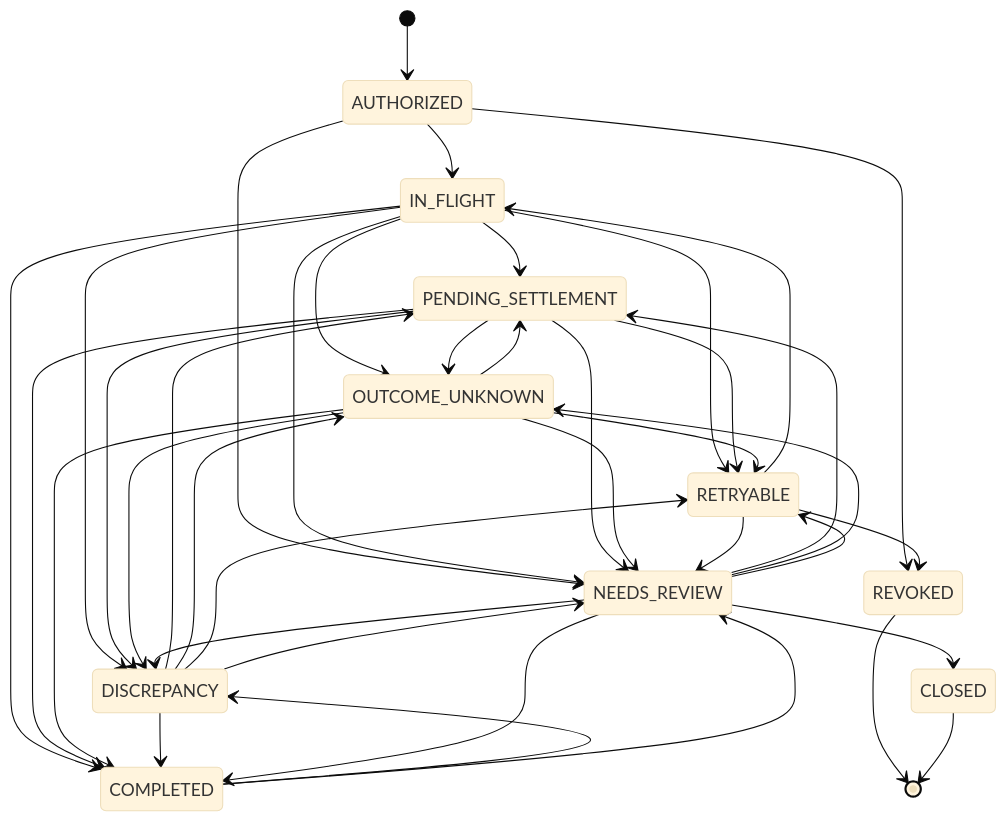
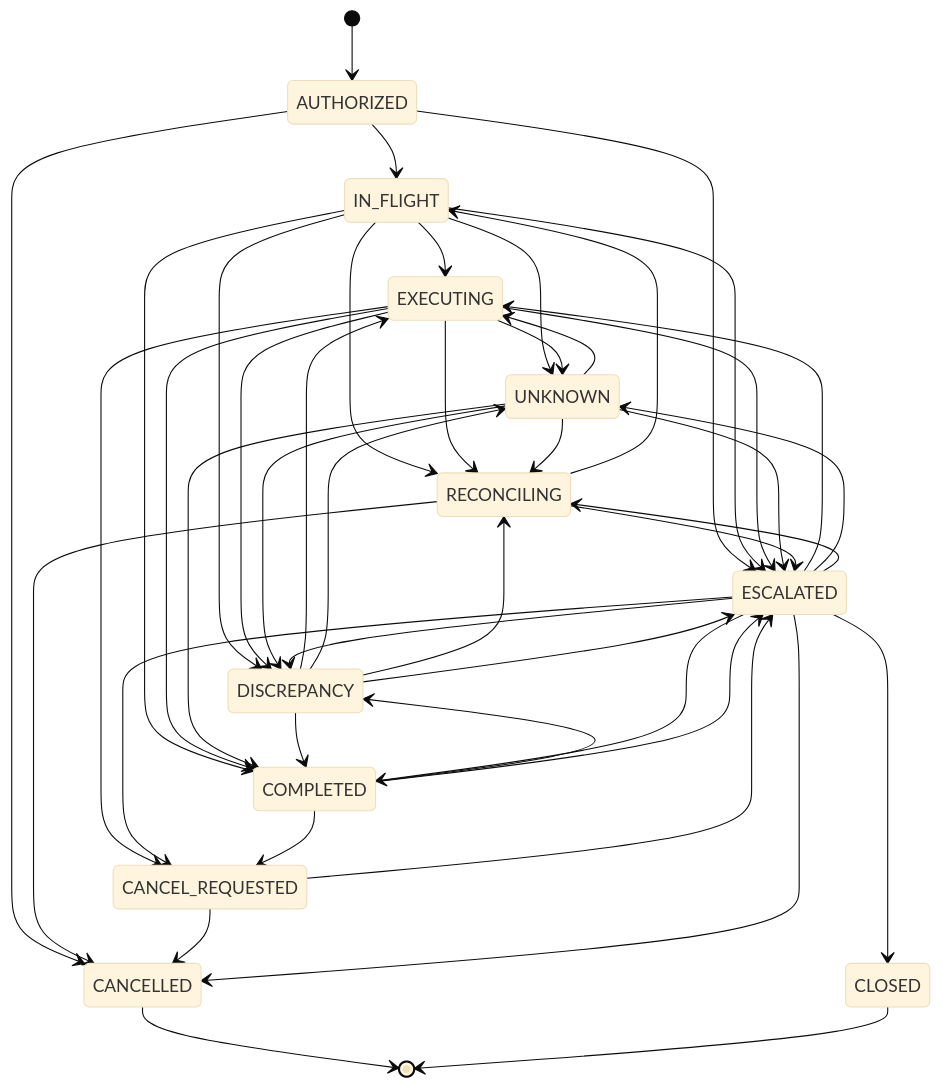
One commit to tanush091/IntentGuard-Safe-Transaction-Execution-for-Financial-AI-Agents changed the diagram in docs/diagrams/state-machine.mmd. Above: the diagram before and after it, drawn with Mermaid (base theme). The commit also changed 48 other files, not shown here.

```diff
--- a/docs/diagrams/state-machine.mmd
+++ b/docs/diagrams/state-machine.mmd
@@ -1,40 +1,46 @@
-%% Generated from backend/intentguard/domain.py TRANSITIONS. Do not edit by hand.
 stateDiagram-v2
+    %% Generated from backend/intentguard/domain.py TRANSITIONS. Do not edit by hand.
     [*] --> AUTHORIZED
     AUTHORIZED --> IN_FLIGHT
-    AUTHORIZED --> NEEDS_REVIEW
-    AUTHORIZED --> REVOKED
-    IN_FLIGHT --> PENDING_SETTLEMENT
-    IN_FLIGHT --> OUTCOME_UNKNOWN
-    IN_FLIGHT --> RETRYABLE
+    AUTHORIZED --> ESCALATED
+    AUTHORIZED --> CANCELLED
+    IN_FLIGHT --> EXECUTING
+    IN_FLIGHT --> UNKNOWN
+    IN_FLIGHT --> RECONCILING
     IN_FLIGHT --> DISCREPANCY
-    IN_FLIGHT --> NEEDS_REVIEW
+    IN_FLIGHT --> ESCALATED
     IN_FLIGHT --> COMPLETED
-    PENDING_SETTLEMENT --> OUTCOME_UNKNOWN
-    PENDING_SETTLEMENT --> RETRYABLE
-    PENDING_SETTLEMENT --> DISCREPANCY
-    PENDING_SETTLEMENT --> NEEDS_REVIEW
-    PENDING_SETTLEMENT --> COMPLETED
-    OUTCOME_UNKNOWN --> PENDING_SETTLEMENT
-    OUTCOME_UNKNOWN --> RETRYABLE
-    OUTCOME_UNKNOWN --> DISCREPANCY
-    OUTCOME_UNKNOWN --> NEEDS_REVIEW
-    OUTCOME_UNKNOWN --> COMPLETED
-    RETRYABLE --> IN_FLIGHT
-    RETRYABLE --> NEEDS_REVIEW
-    RETRYABLE --> REVOKED
-    DISCREPANCY --> PENDING_SETTLEMENT
-    DISCREPANCY --> OUTCOME_UNKNOWN
-    DISCREPANCY --> RETRYABLE
-    DISCREPANCY --> NEEDS_REVIEW
+    EXECUTING --> UNKNOWN
+    EXECUTING --> RECONCILING
+    EXECUTING --> DISCREPANCY
+    EXECUTING --> CANCEL_REQUESTED
+    EXECUTING --> ESCALATED
+    EXECUTING --> COMPLETED
+    UNKNOWN --> EXECUTING
+    UNKNOWN --> RECONCILING
+    UNKNOWN --> DISCREPANCY
+    UNKNOWN --> ESCALATED
+    UNKNOWN --> COMPLETED
+    RECONCILING --> IN_FLIGHT
+    RECONCILING --> ESCALATED
+    RECONCILING --> CANCELLED
+    DISCREPANCY --> EXECUTING
+    DISCREPANCY --> UNKNOWN
+    DISCREPANCY --> RECONCILING
+    DISCREPANCY --> ESCALATED
     DISCREPANCY --> COMPLETED
-    NEEDS_REVIEW --> PENDING_SETTLEMENT
-    NEEDS_REVIEW --> OUTCOME_UNKNOWN
-    NEEDS_REVIEW --> RETRYABLE
-    NEEDS_REVIEW --> DISCREPANCY
-    NEEDS_REVIEW --> COMPLETED
-    NEEDS_REVIEW --> CLOSED
+    CANCEL_REQUESTED --> ESCALATED
+    CANCEL_REQUESTED --> CANCELLED
+    ESCALATED --> EXECUTING
+    ESCALATED --> UNKNOWN
+    ESCALATED --> RECONCILING
+    ESCALATED --> DISCREPANCY
+    ESCALATED --> CANCEL_REQUESTED
+    ESCALATED --> COMPLETED
+    ESCALATED --> CANCELLED
+    ESCALATED --> CLOSED
     COMPLETED --> DISCREPANCY
-    COMPLETED --> NEEDS_REVIEW
-    REVOKED --> [*]
+    COMPLETED --> CANCEL_REQUESTED
+    COMPLETED --> ESCALATED
+    CANCELLED --> [*]
     CLOSED --> [*]
```
